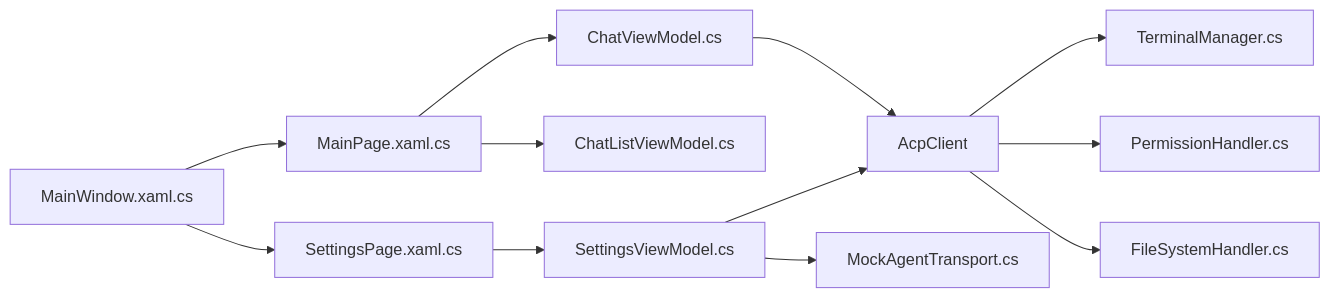
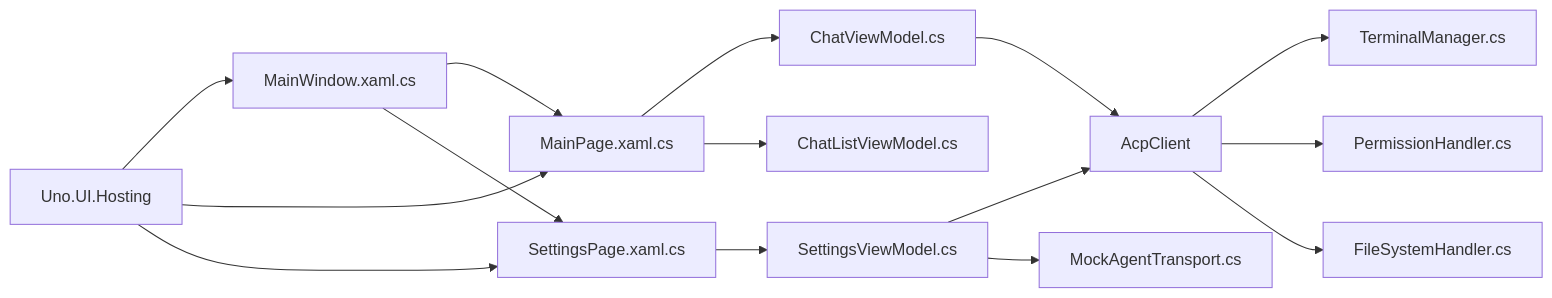
One commit to AgenticDesktop/App changed diagram 11 of 11 in .qoder/repowiki/en/content/Architecture Overview/Architecture Overview.md. Above: the diagram before and after it, drawn with Mermaid. The commit also changed other lines of this file and 108 other files, not shown here.

````diff
--- a/.qoder/repowiki/en/content/Architecture Overview/Architecture Overview.md
+++ b/.qoder/repowiki/en/content/Architecture Overview/Architecture Overview.md
@@ -425,14 +486,17 @@
 ```mermaid
 graph LR
 MW["MainWindow.xaml.cs"] --> MP["MainPage.xaml.cs"]
 MW --> SP["SettingsPage.xaml.cs"]
 MP --> CVM["ChatViewModel.cs"]
 MP --> CLVM["ChatListViewModel.cs"]
 SP --> SVM["SettingsViewModel.cs"]
 SVM --> AC["AcpClient"]
 CVM --> AC
 AC --> TM["TerminalManager.cs"]
 AC --> PH["PermissionHandler.cs"]
 AC --> FSH["FileSystemHandler.cs"]
 SVM --> MAT["MockAgentTransport.cs"]
+UNO["Uno.UI.Hosting"] --> MW
+UNO --> MP
+UNO --> SP
 ```
````
